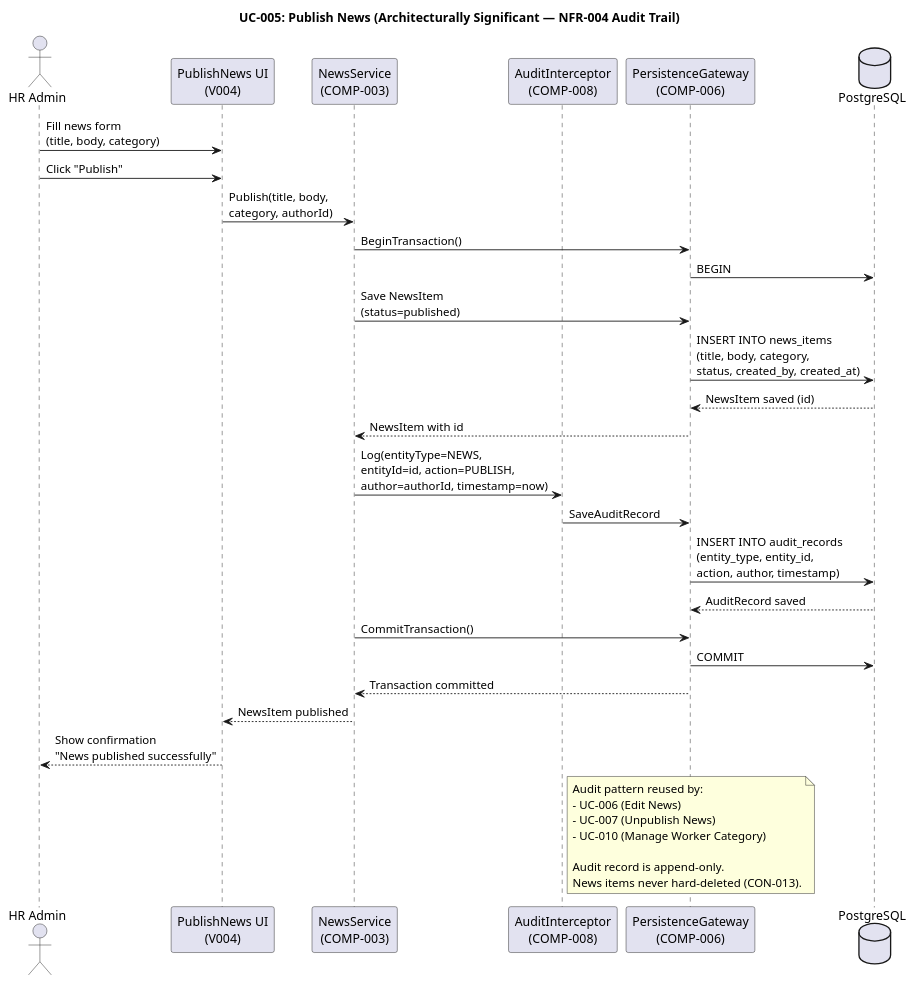
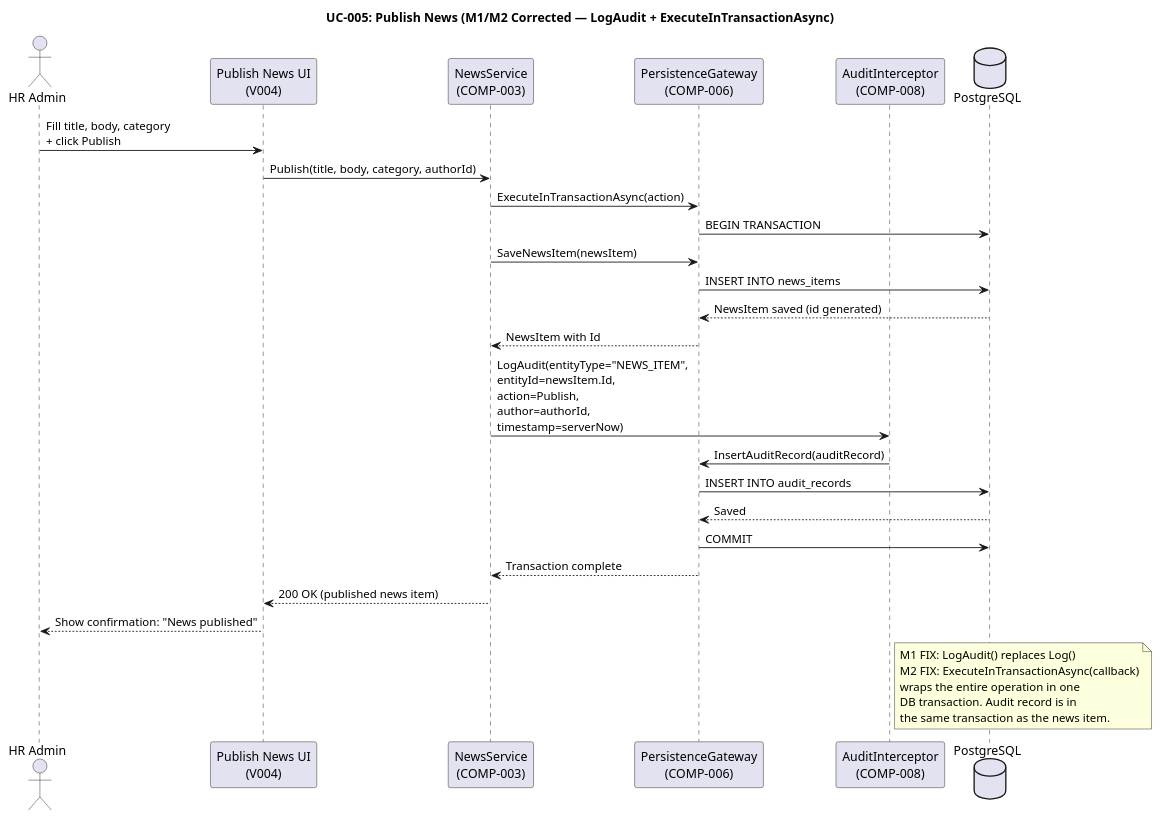
The sixth of 28 diagrams in docs/artifacts/analysis---design/design-model.md (banense-test/portal-cuba-corp), drawn with PlantUML before and after one commit. The commit also changed other lines of this file, not shown here.

````diff
--- a/docs/artifacts/analysis---design/design-model.md
+++ b/docs/artifacts/analysis---design/design-model.md
@@ -428,47 +418,43 @@
 ```plantuml
 @startuml
-title UC-005: Publish News (Architecturally Significant — NFR-004 Audit Trail)
+title UC-005: Publish News (M1/M2 Corrected — LogAudit + ExecuteInTransactionAsync)
 
 actor "HR Admin" as HR
-participant "PublishNews UI\n(V004)" as UI
+participant "Publish News UI\n(V004)" as UI
 participant "NewsService\n(COMP-003)" as SVC
+participant "PersistenceGateway\n(COMP-006)" as DB
 participant "AuditInterceptor\n(COMP-008)" as AUDIT
-participant "PersistenceGateway\n(COMP-006)" as DB
 database "PostgreSQL" as PG
 
-HR -> UI : Fill news form\n(title, body, category)
-HR -> UI : Click "Publish"
-UI -> SVC : Publish(title, body,\ncategory, authorId)
+HR -> UI : Fill title, body, category\n+ click Publish
+UI -> SVC : Publish(title, body, category, authorId)
 
-SVC -> DB : BeginTransaction()
-DB -> PG : BEGIN
+SVC -> DB : ExecuteInTransactionAsync(action)
+DB -> PG : BEGIN TRANSACTION
 
-SVC -> DB : Save NewsItem\n(status=published)
-DB -> PG : INSERT INTO news_items\n(title, body, category,\nstatus, created_by, created_at)
-PG --> DB : NewsItem saved (id)
-DB --> SVC : NewsItem with id
+SVC -> DB : SaveNewsItem(newsItem)
+DB -> PG : INSERT INTO news_items
+PG --> DB : NewsItem saved (id generated)
+DB --> SVC : NewsItem with Id
 
-SVC -> AUDIT : Log(entityType=NEWS,\nentityId=id, action=PUBLISH,\nauthor=authorId, timestamp=now)
-AUDIT -> DB : SaveAuditRecord
-DB -> PG : INSERT INTO audit_records\n(entity_type, entity_id,\naction, author, timestamp)
-PG --> DB : AuditRecord saved
+SVC -> AUDIT : LogAudit(entityType="NEWS_ITEM",\nentityId=newsItem.Id,\naction=Publish,\nauthor=authorId,\ntimestamp=serverNow)
+AUDIT -> DB : InsertAuditRecord(auditRecord)
+DB -> PG : INSERT INTO audit_records
+PG --> DB : Saved
 
-SVC -> DB : CommitTransaction()
 DB -> PG : COMMIT
-DB --> SVC : Transaction committed
+DB --> SVC : Transaction complete
 
-SVC --> UI : NewsItem published
-UI --> HR : Show confirmation\n"News published successfully"
+SVC --> UI : 200 OK (published news item)
+UI --> HR : Show confirmation: "News published"
 
 note right of AUDIT
-  Audit pattern reused by:
-  - UC-006 (Edit News)
-  - UC-007 (Unpublish News)
-  - UC-010 (Manage Worker Category)
-  
-  Audit record is append-only.
-  News items never hard-deleted (CON-013).
+  M1 FIX: LogAudit() replaces Log()
+  M2 FIX: ExecuteInTransactionAsync(callback)
+  wraps the entire operation in one
+  DB transaction. Audit record is in
+  the same transaction as the news item.
 end note
 
 @enduml
 ```
````
